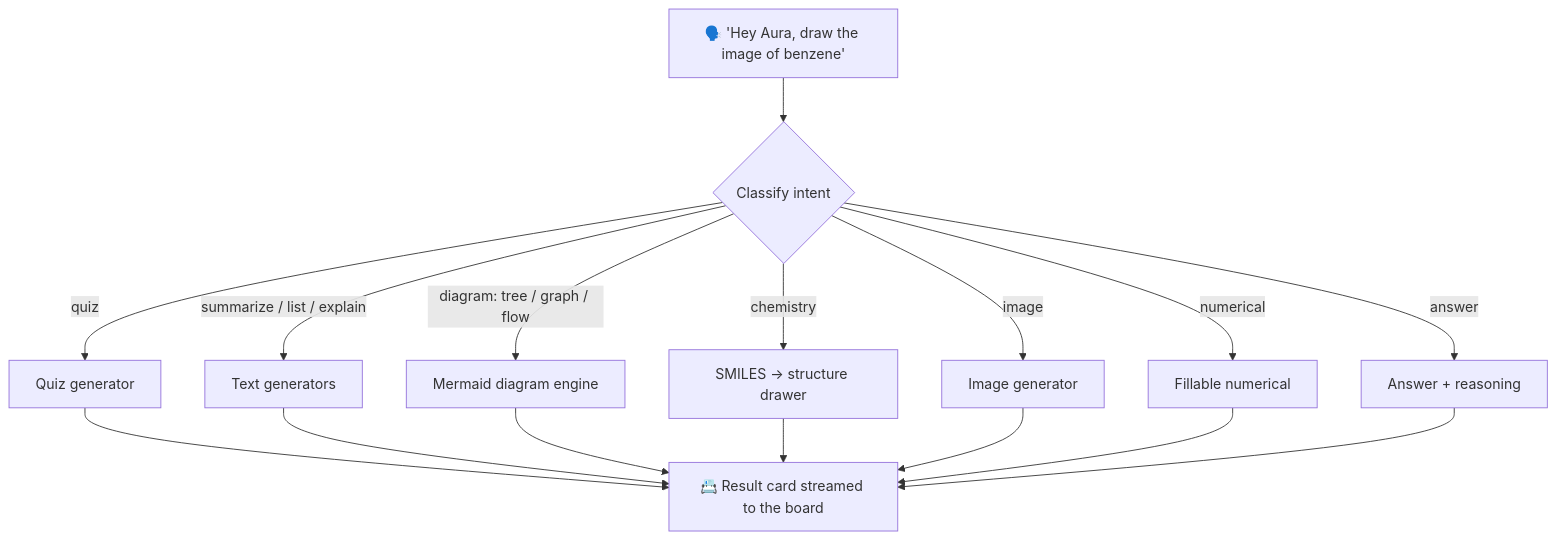
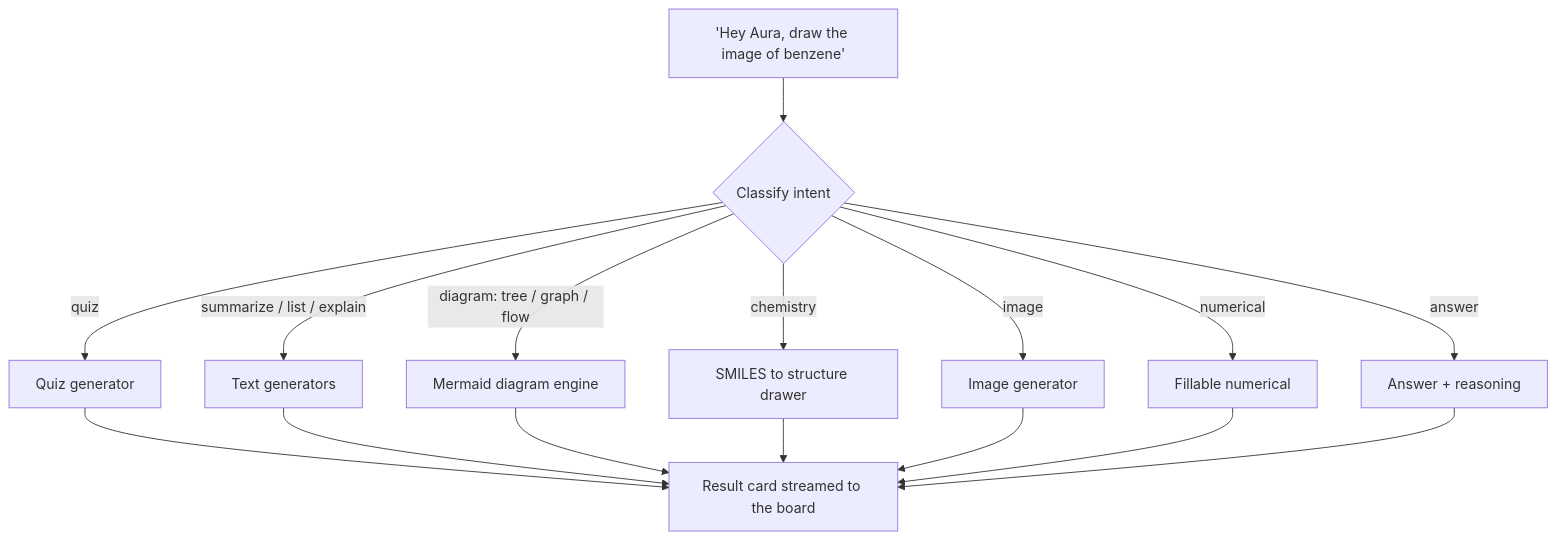
The second of 5 diagrams in README.md (Andromeda0007/Aura), drawn with Mermaid before and after one commit. The commit also changed other lines of this file, not shown here.

First line of the commit message:
docs(readme): remove emojis, add architecture mermaid diagram + live demo URLs

````diff
--- a/README.md
+++ b/README.md
@@ -85,12 +103,12 @@
 ```mermaid
 flowchart TD
-    A["🗣️ 'Hey Aura, draw the image of benzene'"] --> B{Classify intent}
+    A["'Hey Aura, draw the image of benzene'"] --> B{Classify intent}
     B -->|quiz| Q[Quiz generator]
     B -->|summarize / list / explain| S[Text generators]
     B -->|diagram: tree / graph / flow| D[Mermaid diagram engine]
-    B -->|chemistry| C[SMILES → structure drawer]
+    B -->|chemistry| C[SMILES to structure drawer]
     B -->|image| I[Image generator]
     B -->|numerical| N[Fillable numerical]
     B -->|answer| AN[Answer + reasoning]
-    Q & S & D & C & I & N & AN --> R[📇 Result card streamed to the board]
+    Q & S & D & C & I & N & AN --> R[Result card streamed to the board]
 ```
````
